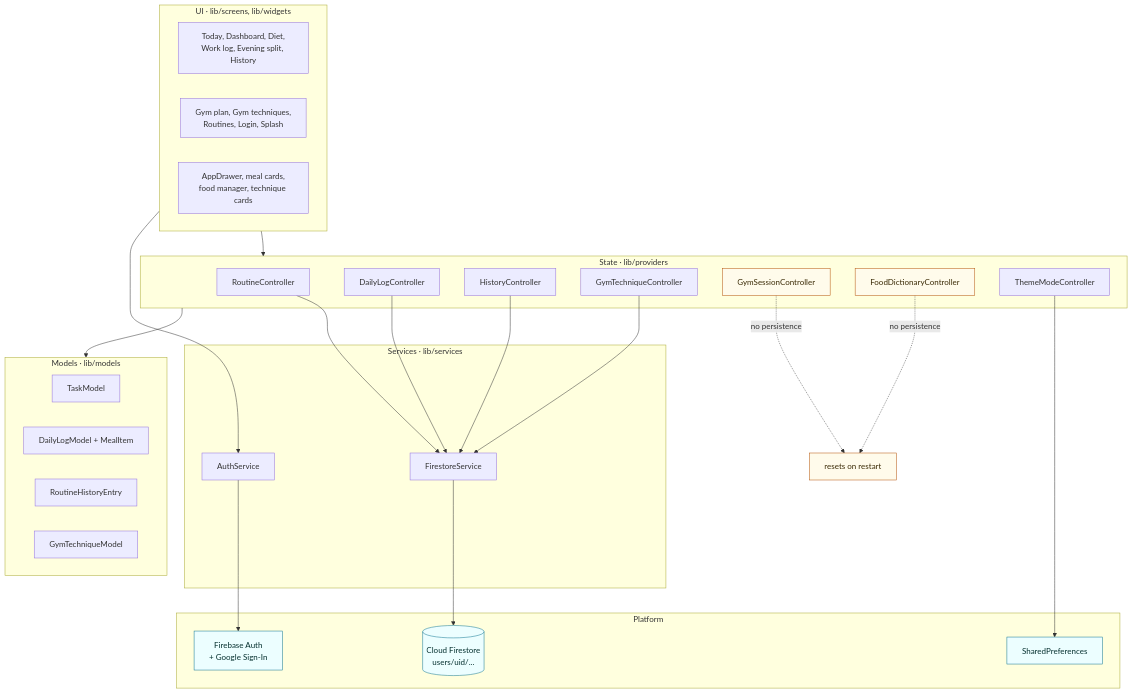
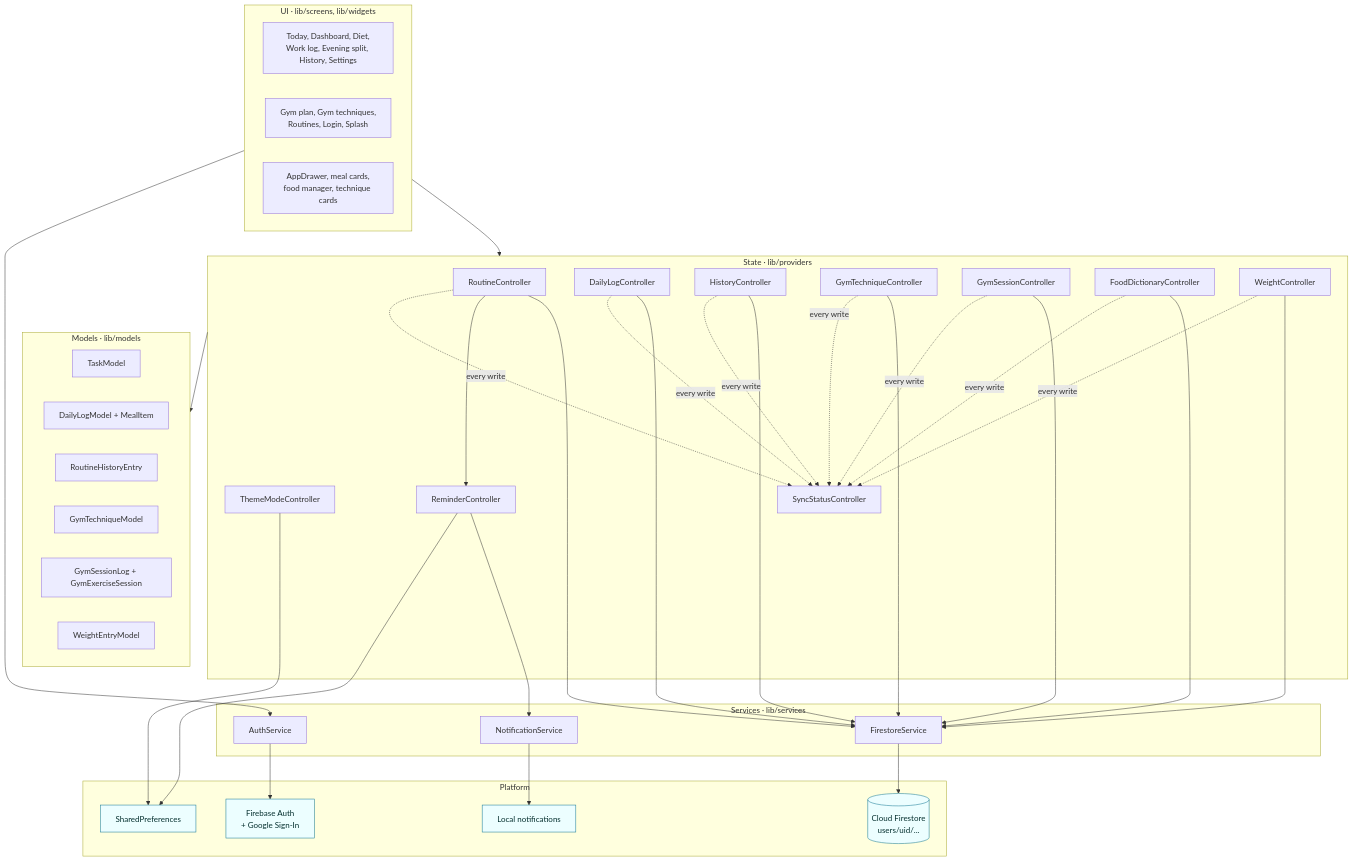
The fourth of 9 diagrams in docs/flowcharts.md (naingkhantdev/mydailylife), drawn with Mermaid before and after one commit. The commit also changed other lines of this file and 38 other files, not shown here.

````diff
--- a/docs/flowcharts.md
+++ b/docs/flowcharts.md
@@ -163,54 +169,65 @@
 ```mermaid
 flowchart TD
   subgraph UI["UI · lib/screens, lib/widgets"]
-    S1["Today, Dashboard, Diet,<br/>Work log, Evening split, History"]
+    S1["Today, Dashboard, Diet,<br/>Work log, Evening split, History, Settings"]
     S2["Gym plan, Gym techniques,<br/>Routines, Login, Splash"]
     S3["AppDrawer, meal cards,<br/>food manager, technique cards"]
   end
 
   subgraph State["State · lib/providers"]
     P1["RoutineController"]
     P2["DailyLogController"]
     P3["HistoryController"]
     P4["GymTechniqueController"]
     P5["GymSessionController"]
     P6["FoodDictionaryController"]
     P7["ThemeModeController"]
+    P8["WeightController"]
+    P9["SyncStatusController"]
+    P10["ReminderController"]
   end
 
   subgraph Domain["Models · lib/models"]
     M1["TaskModel"]
     M2["DailyLogModel + MealItem"]
     M3["RoutineHistoryEntry"]
     M4["GymTechniqueModel"]
+    M5["GymSessionLog + GymExerciseSession"]
+    M6["WeightEntryModel"]
   end
 
   subgraph Svc["Services · lib/services"]
     V1["FirestoreService"]
     V2["AuthService"]
+    V3["NotificationService"]
   end
 
   subgraph Ext["Platform"]
     E1[("Cloud Firestore<br/>users/uid/...")]
     E2["Firebase Auth<br/>+ Google Sign-In"]
     E3["SharedPreferences"]
+    E4["Local notifications"]
   end
 
   UI --> State
   State --> Domain
   P1 --> V1
   P2 --> V1
   P3 --> V1
   P4 --> V1
+  P5 --> V1
+  P6 --> V1
+  P8 --> V1
   UI --> V2
+  P1 --> P10
+  P10 --> V3
   V1 --> E1
   V2 --> E2
   P7 --> E3
-  P5 -. "no persistence" .-> X["resets on restart"]
-  P6 -. "no persistence" .-> X
+  P10 --> E3
+  V3 --> E4
+  P1 & P2 & P3 & P4 & P5 & P6 & P8 -. "every write" .-> P9
 
-  classDef mem fill:#FFFBEB,stroke:#B45309,color:#3A2A05
   classDef db fill:#ECFEFF,stroke:#0E7490,color:#042F2E
-  class P5,P6,X mem
-  class E1,E2,E3 db
+  class E1,E2,E3,E4 db
 ```
````
